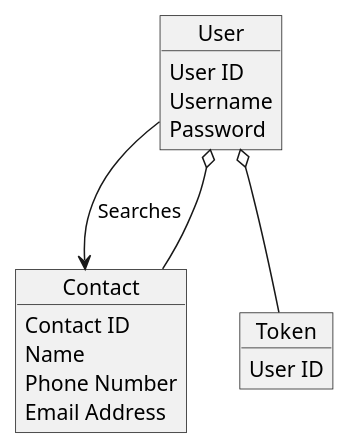
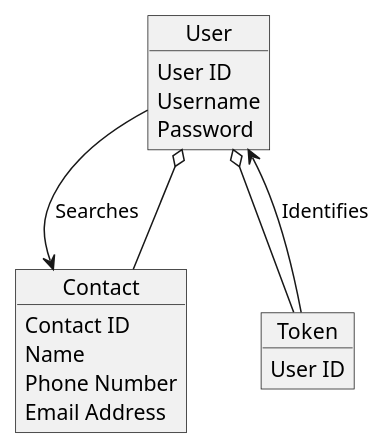
The diagram in uml/entity-relationship.puml (ethandrzb/ContactManager), drawn with PlantUML before and after one commit.

Commit message:
Add identifies arrow to ERD

```diff
--- a/uml/entity-relationship.puml
+++ b/uml/entity-relationship.puml
@@ -1,24 +1,25 @@
 @startuml
 
 object Contact {
     Contact ID
     Name
     Phone Number
     Email Address
 }
 
 object User {
     User ID
     Username
     Password
 }
 
 object Token {
     User ID
 }
 
 User --> Contact : Searches
+Token --> User : Identifies
 User o-- Contact
 User o-- Token
 
 @enduml
```
